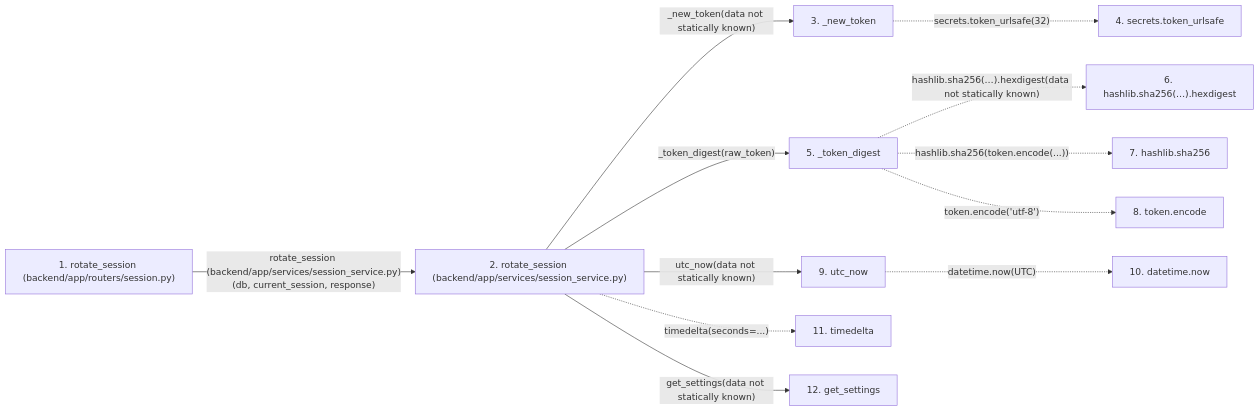
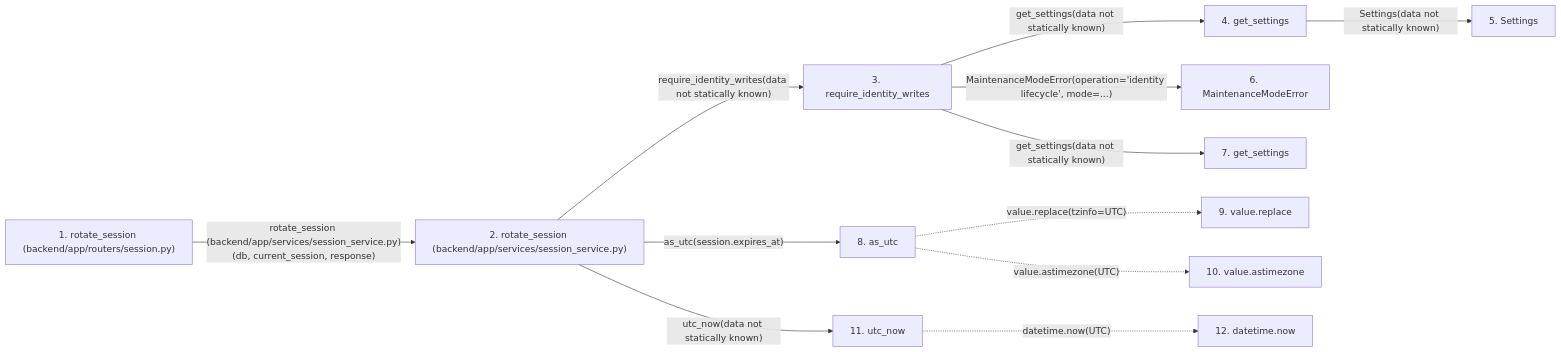
The second of 2 diagrams in docs/llm_wiki/flows/http-rotate_session.md (Denissvgn/WorkChord), drawn with Mermaid before and after one commit. The commit also changed other lines of this file and 958 other files, not shown here.

First line of the commit message:
docs(wiki): refresh identity and recovery architecture

````diff
--- a/docs/llm_wiki/flows/http-rotate_session.md
+++ b/docs/llm_wiki/flows/http-rotate_session.md
@@ -51,32 +87,35 @@
 ```mermaid
 flowchart LR
     s1["1. rotate_session (backend/app/routers/session.py)"]
     s2["2. rotate_session (backend/app/services/session_service.py)"]
-    s3["3. _new_token"]
-    s4["4. secrets.token_urlsafe"]
-    s5["5. _token_digest"]
-    s6["6. hashlib.sha256(…).hexdigest"]
-    s7["7. hashlib.sha256"]
-    s8["8. token.encode"]
-    s9["9. utc_now"]
-    s10["10. datetime.now"]
-    s11["11. timedelta"]
-    s12["12. get_settings"]
+    s3["3. require_identity_writes"]
+    s4["4. get_settings"]
+    s5["5. Settings"]
+    s6["6. MaintenanceModeError"]
+    s7["7. get_settings"]
+    s8["8. as_utc"]
+    s9["9. value.replace"]
+    s10["10. value.astimezone"]
+    s11["11. utc_now"]
+    s12["12. datetime.now"]
     s1 -->|"rotate_session (backend/app/services/session_service.py)(db, current_session, response)"| s2
-    s2 -->|"_new_token(data not statically known)"| s3
-    s3 -. "secrets.token_urlsafe(32)" .-> s4
-    s2 -->|"_token_digest(raw_token)"| s5
-    s5 -. "hashlib.sha256(…).hexdigest(data not statically known)" .-> s6
-    s5 -. "hashlib.sha256(token.encode(...))" .-> s7
-    s5 -. "token.encode('utf-8')" .-> s8
-    s2 -->|"utc_now(data not statically known)"| s9
-    s9 -. "datetime.now(UTC)" .-> s10
-    s2 -. "timedelta(seconds=...)" .-> s11
-    s2 -->|"get_settings(data not statically known)"| s12
+    s2 -->|"require_identity_writes(data not statically known)"| s3
+    s3 -->|"get_settings(data not statically known)"| s4
+    s4 -->|"Settings(data not statically known)"| s5
+    s3 -->|"MaintenanceModeError(operation='identity lifecycle', mode=...)"| s6
+    s3 -->|"get_settings(data not statically known)"| s7
+    s2 -->|"as_utc(session.expires_at)"| s8
+    s8 -. "value.replace(tzinfo=UTC)" .-> s9
+    s8 -. "value.astimezone(UTC)" .-> s10
+    s2 -->|"utc_now(data not statically known)"| s11
+    s11 -. "datetime.now(UTC)" .-> s12
     click s1 "../modules/routers_session.md"
     click s2 "../modules/session_service.md"
-    click s3 "../modules/session_service.md"
-    click s5 "../modules/session_service.md"
-    click s9 "../modules/time.md"
-    click s12 "../modules/config.md"
+    click s3 "../modules/identity_service.md"
+    click s4 "../modules/config.md"
+    click s5 "../modules/config.md"
+    click s6 "../modules/maintenance.md"
+    click s7 "../modules/config.md"
+    click s8 "../modules/time.md"
+    click s11 "../modules/time.md"
 ```
````
